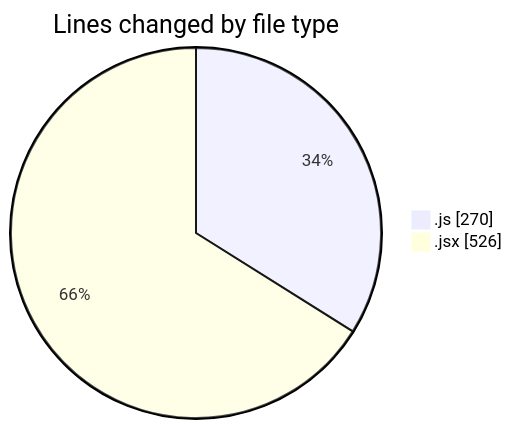
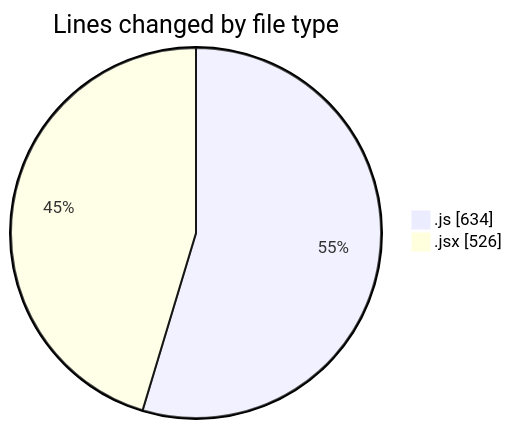
The first of 2 diagrams in 2025-07-02/argos/README.md (nxtqubesakshisongat/code-tracking), drawn with Mermaid before and after one commit. The commit also changed other lines of this file and 1 other file, not shown here.

````diff
--- a/2025-07-02/argos/README.md
+++ b/2025-07-02/argos/README.md
@@ -22,6 +23,6 @@
 ```mermaid
 pie showData
 title Lines changed by file type
-".js" : 270
+".js" : 634
 ".jsx" : 526
 ```
````
